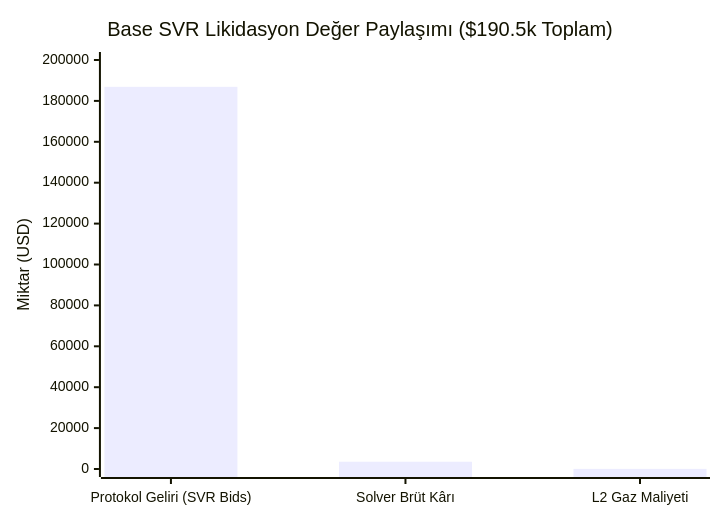
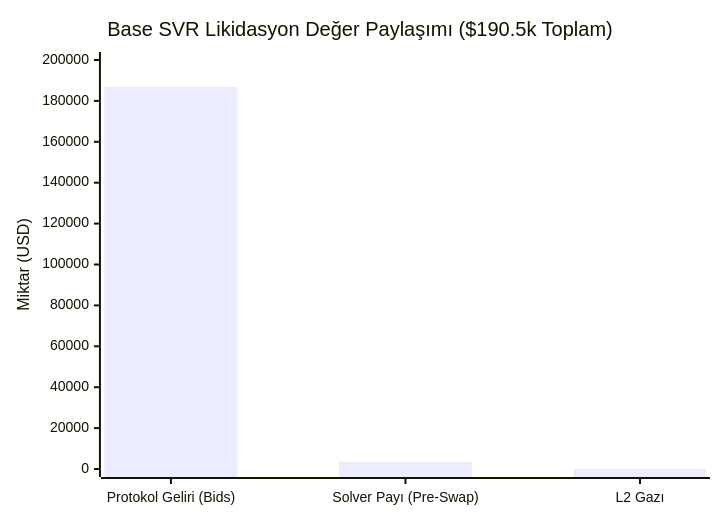
The second of 2 diagrams in docs/EMPIRICAL_OEV_AND_LIQUIDATION_RESEARCH_2026.md (pCwOrM/fractal-neural-synthesis), drawn with Mermaid before and after one commit. The commit also changed other lines of this file and 6 other files, not shown here.

````diff
--- a/docs/EMPIRICAL_OEV_AND_LIQUIDATION_RESEARCH_2026.md
+++ b/docs/EMPIRICAL_OEV_AND_LIQUIDATION_RESEARCH_2026.md
@@ -119,7 +100,7 @@
 ```mermaid
 xychart-beta
     title "Base SVR Likidasyon Değer Paylaşımı ($190.5k Toplam)"
-    x-axis ["Protokol Geliri (SVR Bids)", "Solver Brüt Kârı", "L2 Gaz Maliyeti"]
+    x-axis ["Protokol Geliri (Bids)", "Solver Payı (Pre-Swap)", "L2 Gazı"]
     y-axis "Miktar (USD)" 0 --> 200000
-    bar [186889.85, 3548.24, 71.22]
+    bar [186889.85, 3545.73, 71.22]
 ```
````
